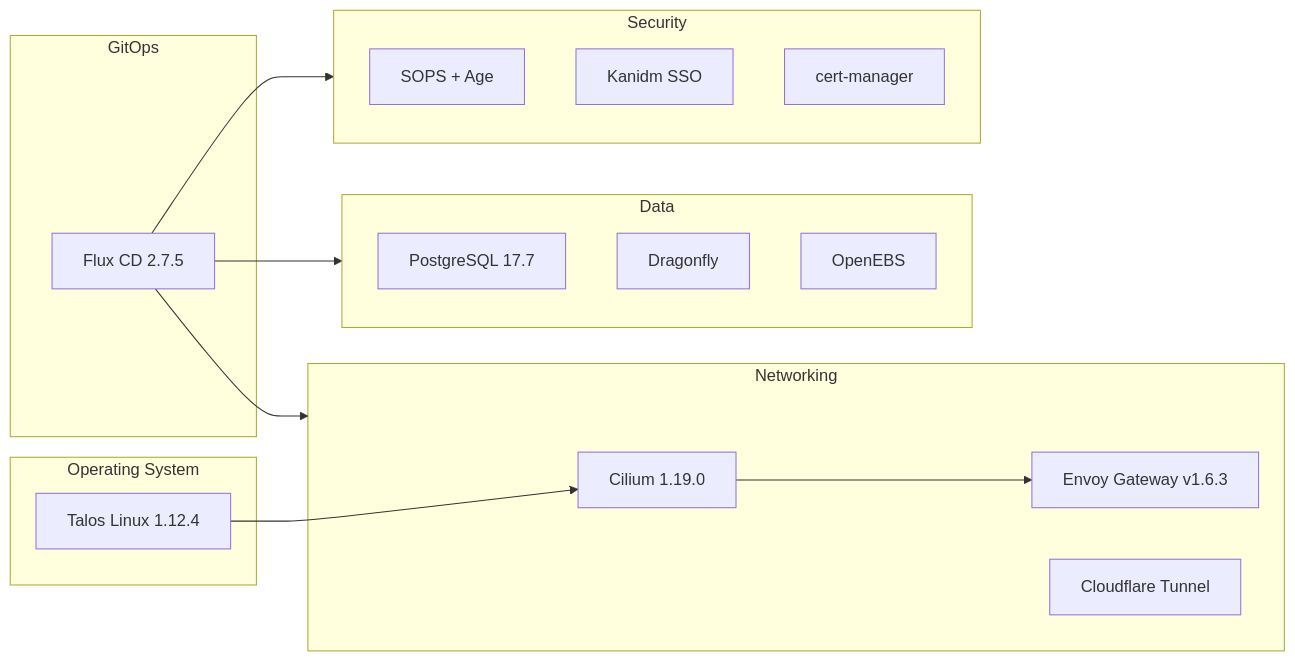
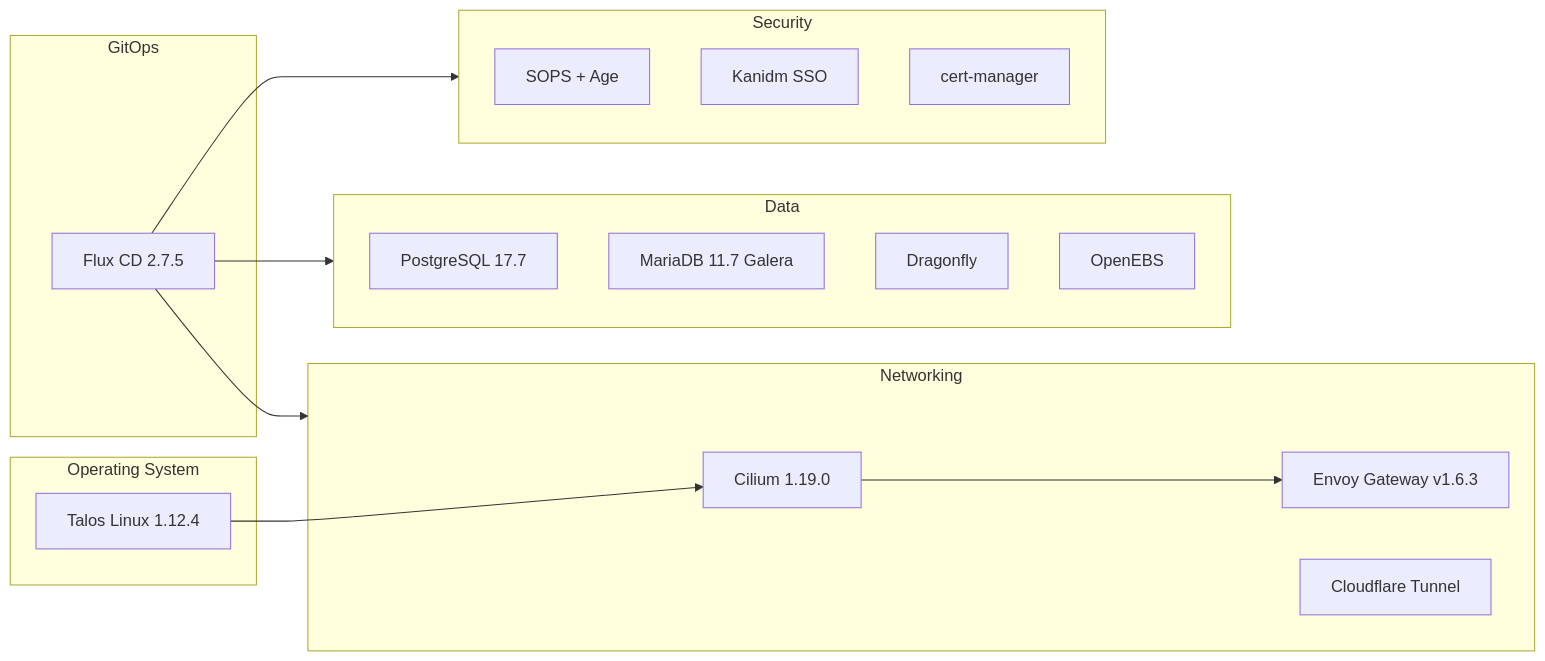
Before and after one commit to 00o-sh/special-winner: the diagram in docs/infrastructure/index.md, drawn with Mermaid. The commit also changed other lines of this file and 3 other files, not shown here.

First line of the commit message:
docs(database): document MariaDB Galera cluster across all docs

````diff
--- a/docs/infrastructure/index.md
+++ b/docs/infrastructure/index.md
@@ -7,30 +7,31 @@
 ```mermaid
 graph LR
     subgraph OS["Operating System"]
         Talos[Talos Linux 1.12.4]
     end
     subgraph Network["Networking"]
         Cilium[Cilium 1.19.0]
         Envoy[Envoy Gateway v1.6.3]
         CF[Cloudflare Tunnel]
     end
     subgraph Data["Data"]
         PG[PostgreSQL 17.7]
+        MDB[MariaDB 11.7 Galera]
         DF[Dragonfly]
         OEBS[OpenEBS]
     end
     subgraph GitOps
         Flux[Flux CD 2.7.5]
     end
     subgraph Security
         SOPS[SOPS + Age]
         Kanidm[Kanidm SSO]
         CM[cert-manager]
     end
 
     Talos --> Cilium
     Cilium --> Envoy
     Flux --> Network
     Flux --> Data
     Flux --> Security
 ```
````
